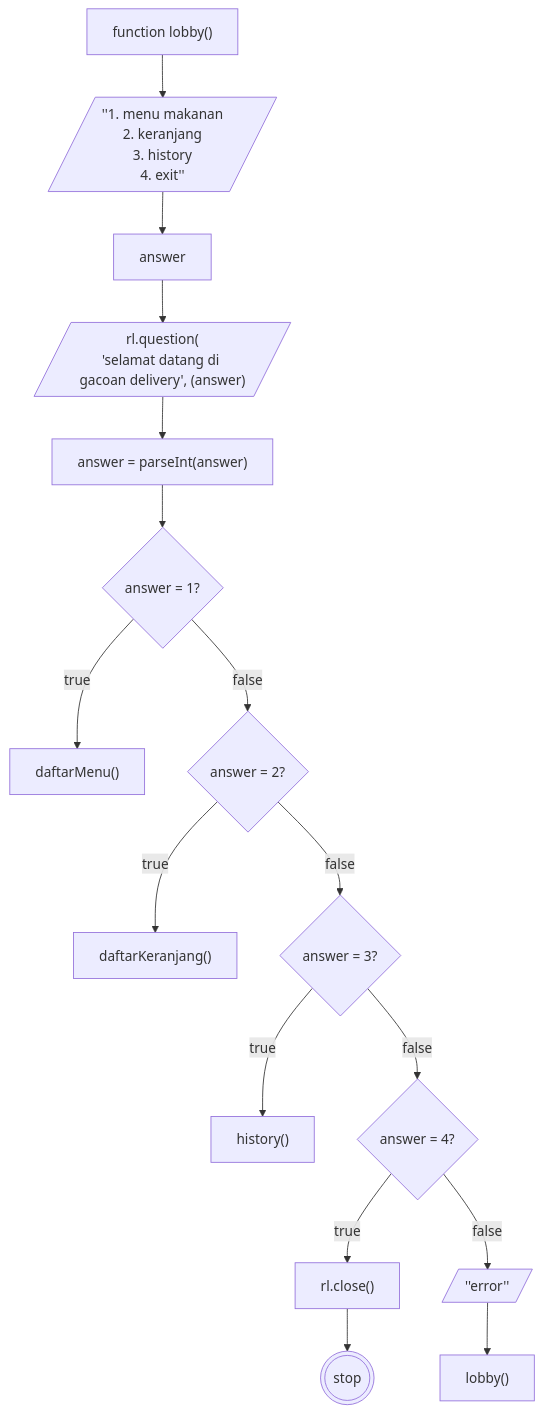
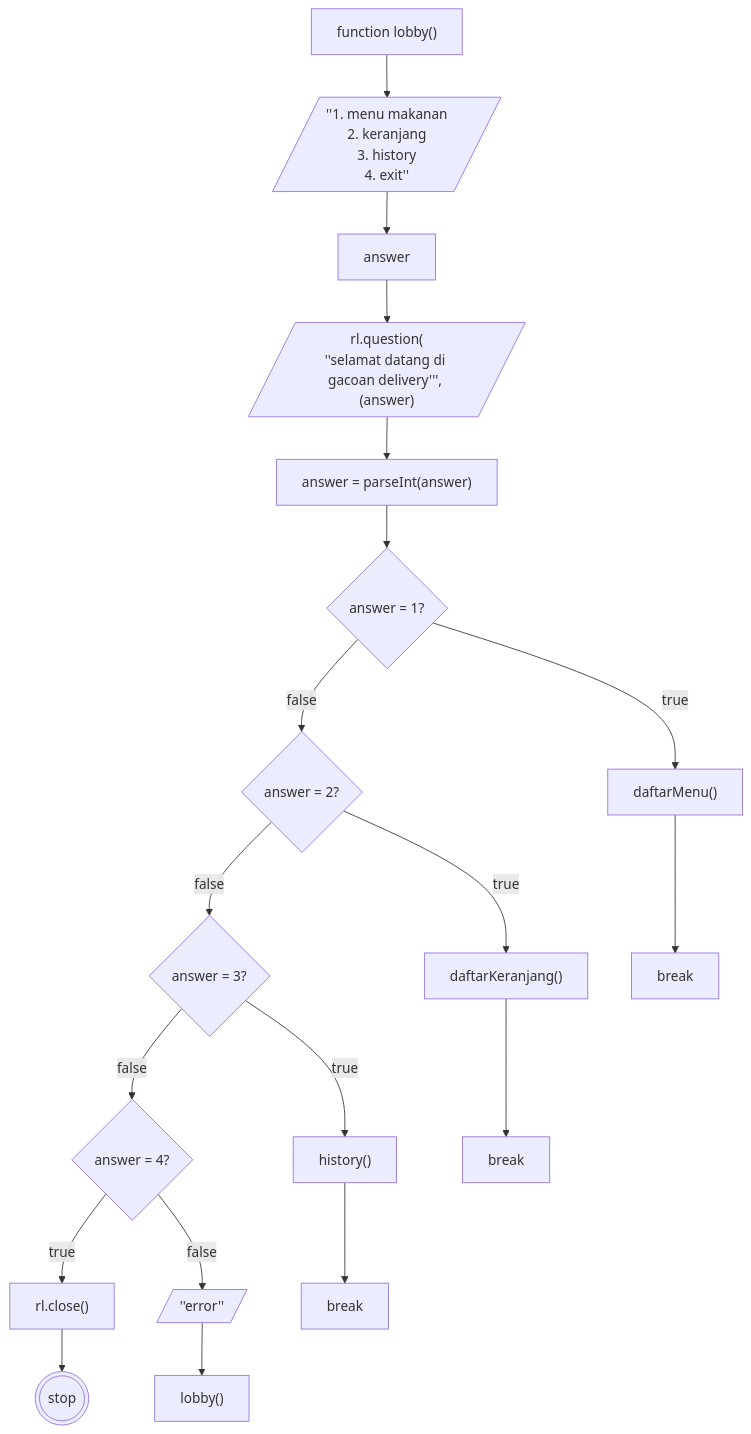
One commit to abdullah-fikri/koda-b4-homework1 changed the diagram in lobby.md. Above: the diagram before and after it, drawn with Mermaid.

````diff
--- a/lobby.md
+++ b/lobby.md
@@ -2,47 +2,54 @@
 ```mermaid
 flowchart TD
 
 fnctLobby@{shape: rect, label: "function lobby()"}
 awal@{shape: lean-r, label: "''1. menu makanan
 2. keranjang
 3. history
 4. exit''"}
 answer@{shape: rect, label: "answer"}
 gacoan@{shape: lean-r, label: "rl.question(
-'selamat datang di gacoan delivery', (answer)"}
+''selamat datang di gacoan delivery''', (answer)"}
 answerP@{shape: rect, label : "answer =  parseInt(answer)"}
 answer1@{shape: diamond, label: "answer = 1?
 "}
 daftarMenu@{shape: rect, label: "daftarMenu()"}
 answer2@{shape: diamond, label: "answer = 2?"}
 daftarKeranjang@{shape: rect, label: "daftarKeranjang()"}
 answer2@{shape: diamond, label: "answer = 2?"}
 daftarKeranjang@{shape: rect, label: "daftarKeranjang()"}
 answer3@{shape: diamond, label: "answer = 3?"}
 history@{shape: rect, label: "history()"}
 answer4@{shape: diamond, label: "answer = 4?"}
 close@{shape: rect, label: "rl.close()"}
 err@{shape: lean-r, label : "''error''"}
 lb@{shape: rect, label: "lobby()"}
 stop@{shape: dbl-circ, label: "stop"}
+break1@{shape: rect, label : "break"}
+break2@{shape: rect, label : "break"}
+break3@{shape: rect, label : "break"}
 
 
 
 fnctLobby --> awal
 awal --> answer
 answer --> gacoan
 gacoan --> answerP
 answerP --> answer1
 answer1 --true--> daftarMenu
+daftarMenu --> break1
 answer1 --false--> answer2
 answer2 --true--> daftarKeranjang
+daftarKeranjang --> break2
 answer2 --false--> answer3
 answer3 --true--> history
+history --> break3
 answer3 --false--> answer4
 answer4 --true--> close
 close --> stop
 answer4 --false--> err
 err --> lb
 
 
+
 ```
````
